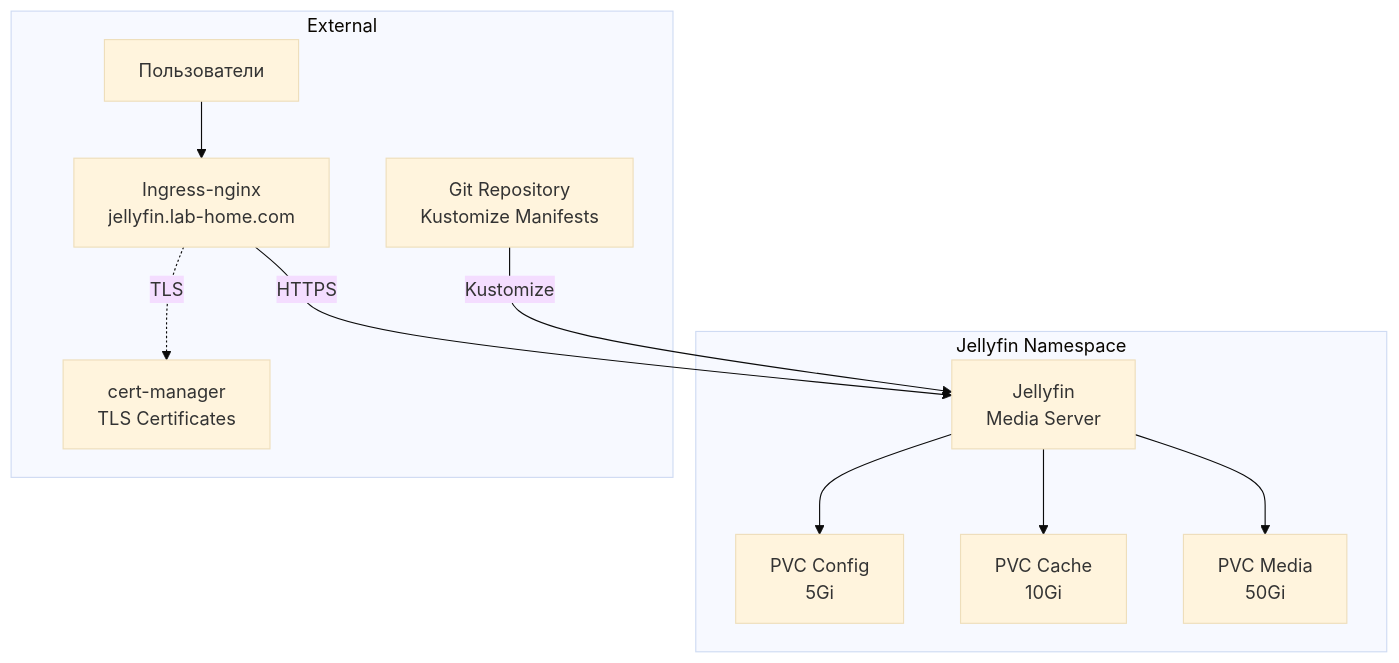
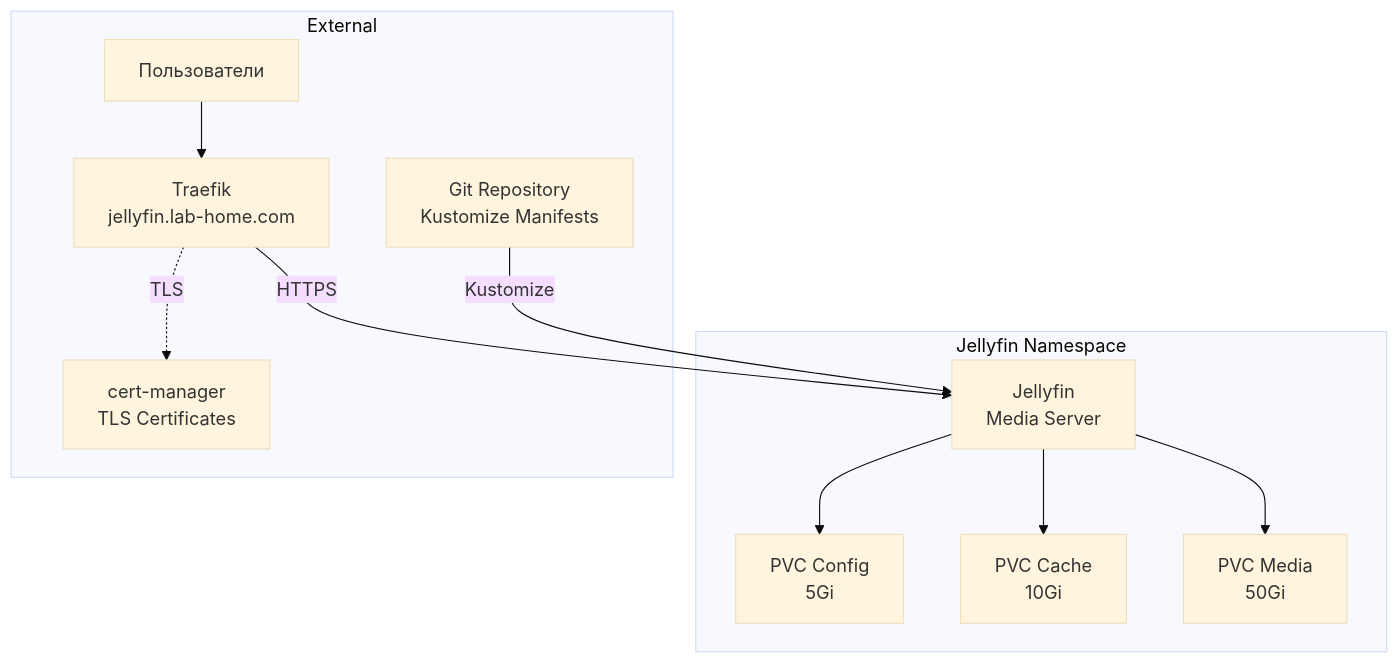
One commit to barmaglot351/k3s-test changed the diagram in argocd-apps/media-server-stack/jellyfin/README.md. Above: the diagram before and after it, drawn with Mermaid (base theme). The commit also changed other lines of this file, not shown here.

Commit message:
edit argocd apps/media-server-stack/jellyfin/README.md

````diff
--- a/argocd-apps/media-server-stack/jellyfin/README.md
+++ b/argocd-apps/media-server-stack/jellyfin/README.md
@@ -89,24 +89,24 @@
 ```mermaid
 graph TB
     subgraph jellyfinNamespace [Jellyfin Namespace]
         Jellyfin[Jellyfin<br/>Media Server]
         ConfigPVC[PVC Config<br/>5Gi]
         CachePVC[PVC Cache<br/>10Gi]
         MediaPVC[PVC Media<br/>50Gi]
     end
     
     subgraph external [External]
-        Ingress[Ingress-nginx<br/>jellyfin.lab-home.com]
+        Ingress[Traefik<br/>jellyfin.lab-home.com]
         CertManager[cert-manager<br/>TLS Certificates]
         Users[Пользователи]
         GitRepo[Git Repository<br/>Kustomize Manifests]
     end
     
     Users --> Ingress
     Ingress -->|HTTPS| Jellyfin
     Ingress -.->|TLS| CertManager
     Jellyfin --> ConfigPVC
     Jellyfin --> CachePVC
     Jellyfin --> MediaPVC
     GitRepo -->|Kustomize| Jellyfin
 ```
````
